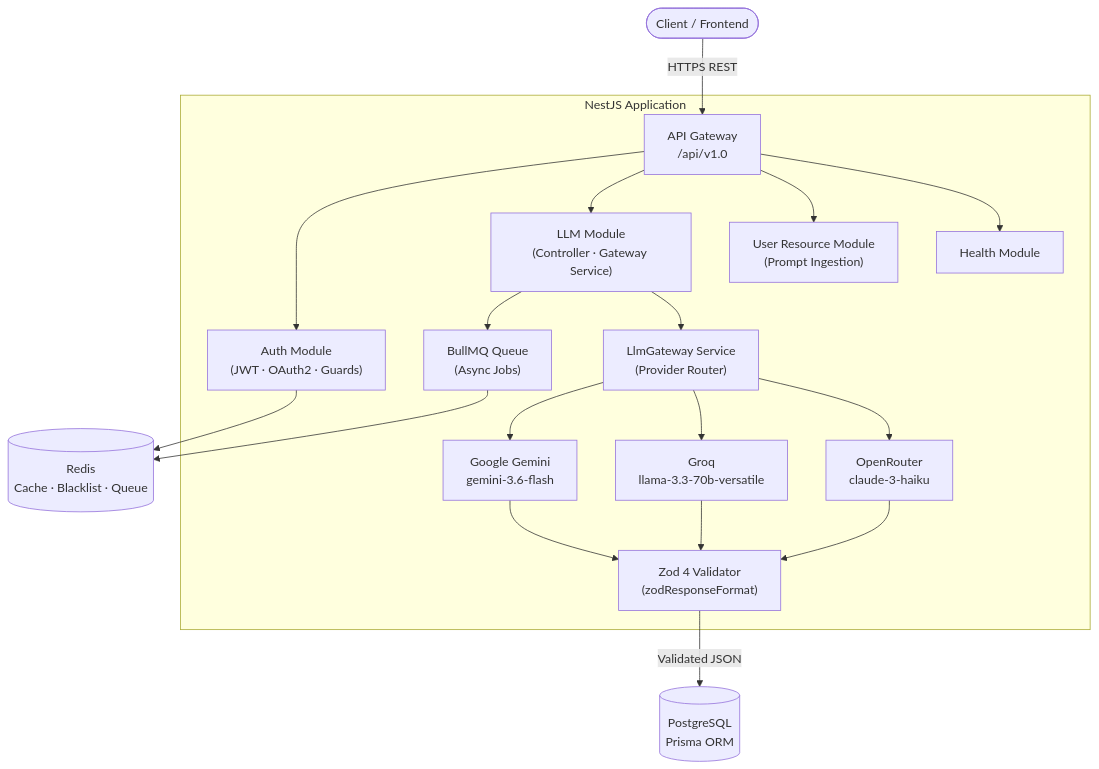
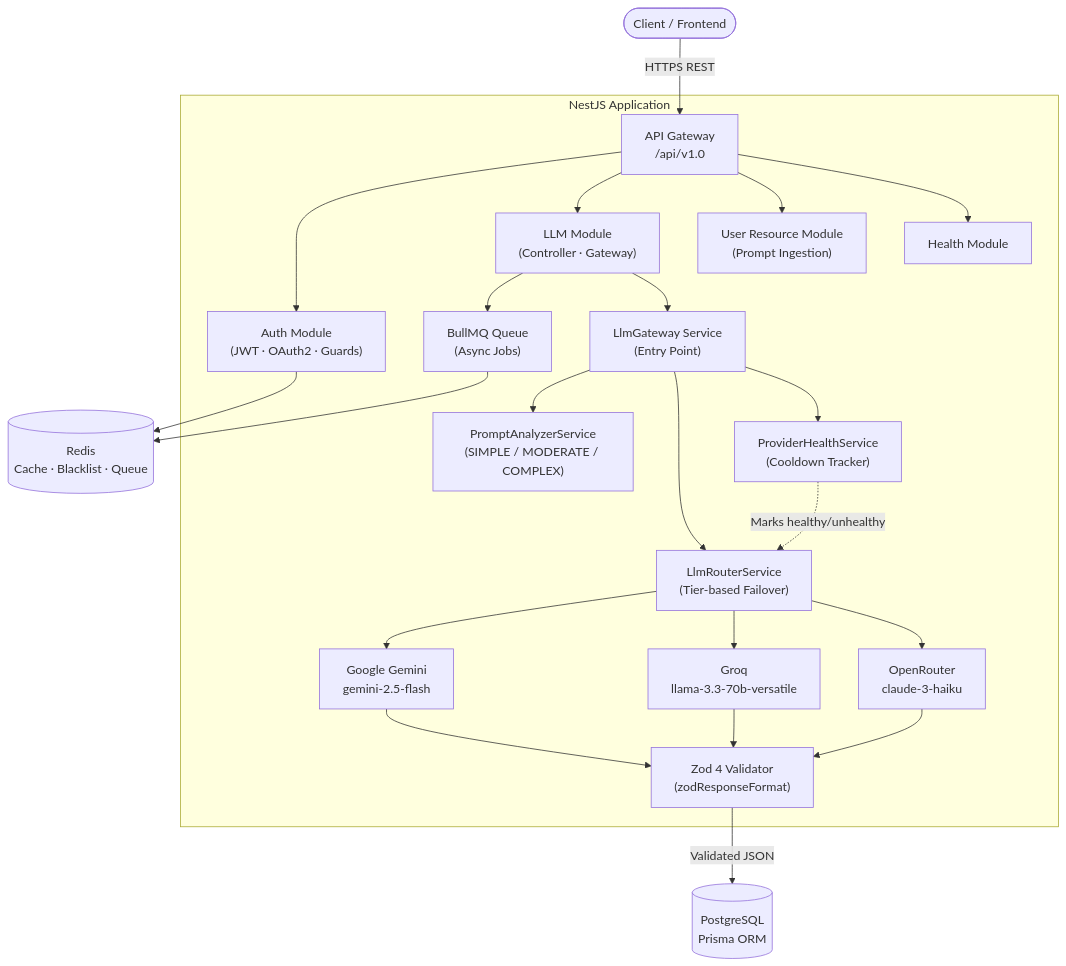
Before and after one commit to shakib5560/Idea2System-API-V2.0: the first of 4 diagrams in README.md, drawn with Mermaid. The commit also changed other lines of this file, not shown here.

First line of the commit message:
docs: update README to reflect intelligent prompt-tier routing system

````diff
--- a/README.md
+++ b/README.md
@@ -59,23 +61,28 @@
 ```mermaid
 graph TD
     Client(["Client / Frontend"]) -->|HTTPS REST| Gateway
 
     subgraph NestJS Application
         Gateway["API Gateway\n/api/v1.0"] --> AuthMod["Auth Module\n(JWT · OAuth2 · Guards)"]
-        Gateway --> LLMMod["LLM Module\n(Controller · Gateway Service)"]
+        Gateway --> LLMMod["LLM Module\n(Controller · Gateway)"]
         Gateway --> ResourceMod["User Resource Module\n(Prompt Ingestion)"]
         Gateway --> HealthMod["Health Module"]
 
         LLMMod --> BullMQ["BullMQ Queue\n(Async Jobs)"]
-        LLMMod --> LLMGateway["LlmGateway Service\n(Provider Router)"]
+        LLMMod --> LLMGateway["LlmGateway Service\n(Entry Point)"]
 
-        LLMGateway --> Gemini["Google Gemini\ngemini-3.6-flash"]
-        LLMGateway --> Groq["Groq\nllama-3.3-70b-versatile"]
-        LLMGateway --> OpenRouter["OpenRouter\nclaude-3-haiku"]
+        LLMGateway --> Analyzer["PromptAnalyzerService\n(SIMPLE / MODERATE / COMPLEX)"]
+        LLMGateway --> Router["LlmRouterService\n(Tier-based Failover)"]
+        LLMGateway --> HealthSvc["ProviderHealthService\n(Cooldown Tracker)"]
+
+        Router --> Gemini["Google Gemini\ngemini-2.5-flash"]
+        Router --> Groq["Groq\nllama-3.3-70b-versatile"]
+        Router --> OpenRouter["OpenRouter\nclaude-3-haiku"]
 
         Gemini & Groq & OpenRouter --> ZodValidator["Zod 4 Validator\n(zodResponseFormat)"]
     end
 
     ZodValidator -->|Validated JSON| PG[("PostgreSQL\nPrisma ORM")]
     AuthMod & BullMQ --> Redis[("Redis\nCache · Blacklist · Queue")]
+    HealthSvc -.->|Marks healthy/unhealthy| Router
 ```
````
